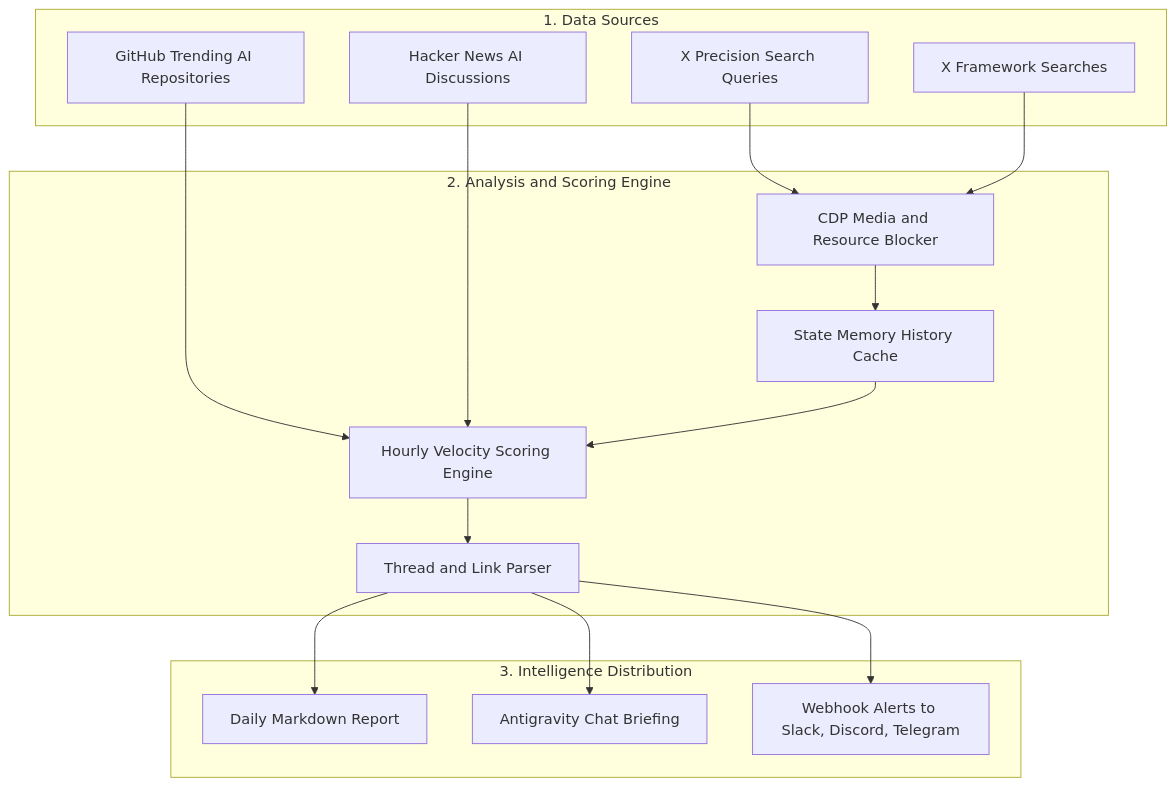
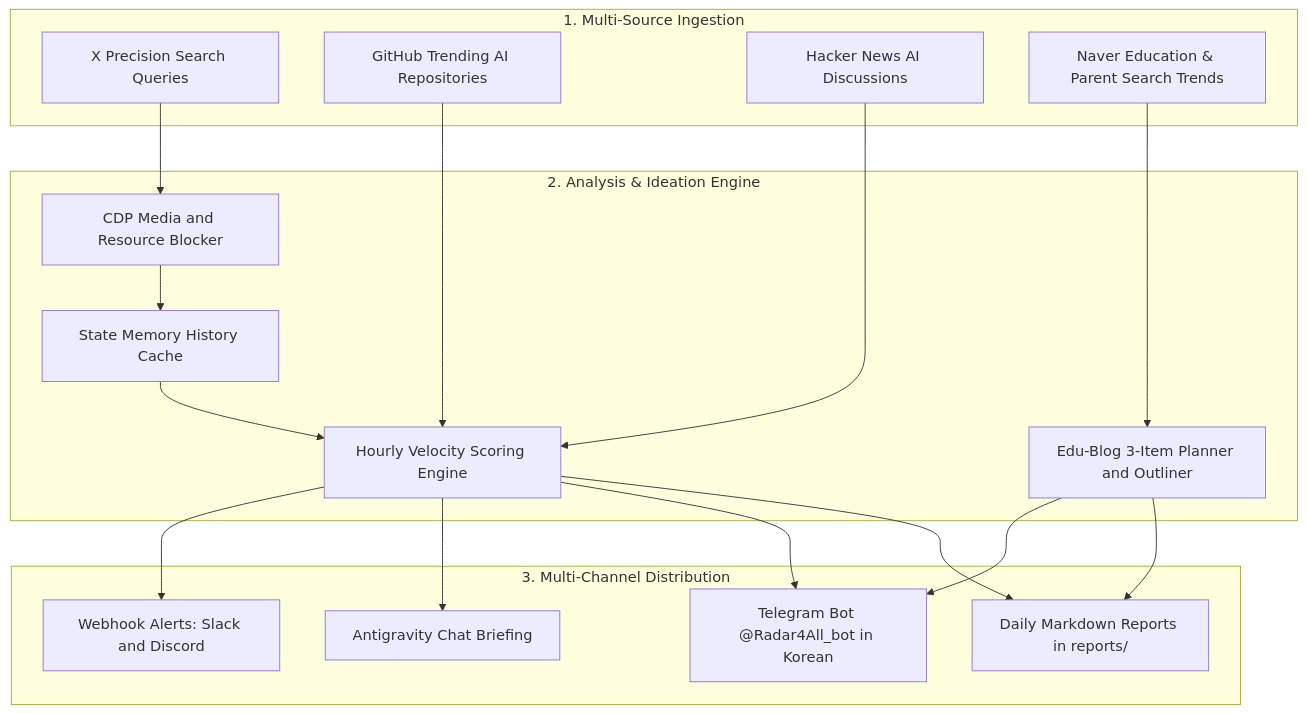
One commit to nanbada/X-AI-Radar changed the diagram in README.md. Above: the diagram before and after it, drawn with Mermaid. The commit also changed other lines of this file and 3 other files, not shown here.

Commit message:
docs: sync all documentation (README, README_KO, SKILL, AGENTS) with v2.2 dual-engine architecture

````diff
--- a/README.md
+++ b/README.md
@@ -51,33 +56,36 @@
 ```mermaid
 graph TD
-    subgraph S1 [1. Data Sources]
+    subgraph S1 [1. Multi-Source Ingestion]
         A1[X Precision Search Queries]
-        A2[X Framework Searches]
-        A3[GitHub Trending AI Repositories]
-        A4[Hacker News AI Discussions]
+        A2[GitHub Trending AI Repositories]
+        A3[Hacker News AI Discussions]
+        A4[Naver Education & Parent Search Trends]
     end
 
-    subgraph S2 [2. Analysis and Scoring Engine]
+    subgraph S2 [2. Analysis & Ideation Engine]
         B1[CDP Media and Resource Blocker]
         B2[State Memory History Cache]
         B3[Hourly Velocity Scoring Engine]
-        B4[Thread and Link Parser]
+        B4[Edu-Blog 3-Item Planner and Outliner]
     end
 
-    subgraph S3 [3. Intelligence Distribution]
-        C1[Daily Markdown Report]
+    subgraph S3 [3. Multi-Channel Distribution]
+        C1[Daily Markdown Reports in reports/]
         C2[Antigravity Chat Briefing]
-        C3[Webhook Alerts to Slack, Discord, Telegram]
+        C3[Telegram Bot @Radar4All_bot in Korean]
+        C4[Webhook Alerts: Slack and Discord]
     end
 
     A1 --> B1
-    A2 --> B1
+    A2 --> B3
     A3 --> B3
-    A4 --> B3
+    A4 --> B4
     B1 --> B2
     B2 --> B3
-    B3 --> B4
+    B3 --> C1
+    B3 --> C3
     B4 --> C1
-    B4 --> C2
     B4 --> C3
+    B3 --> C2
+    B3 --> C4
 ```
````
